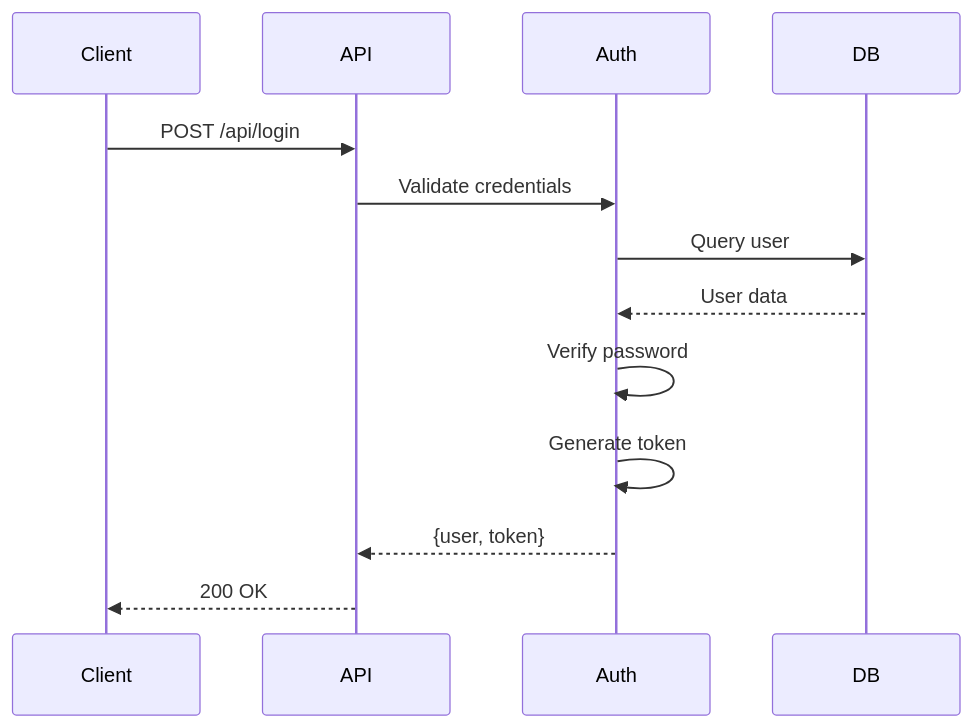
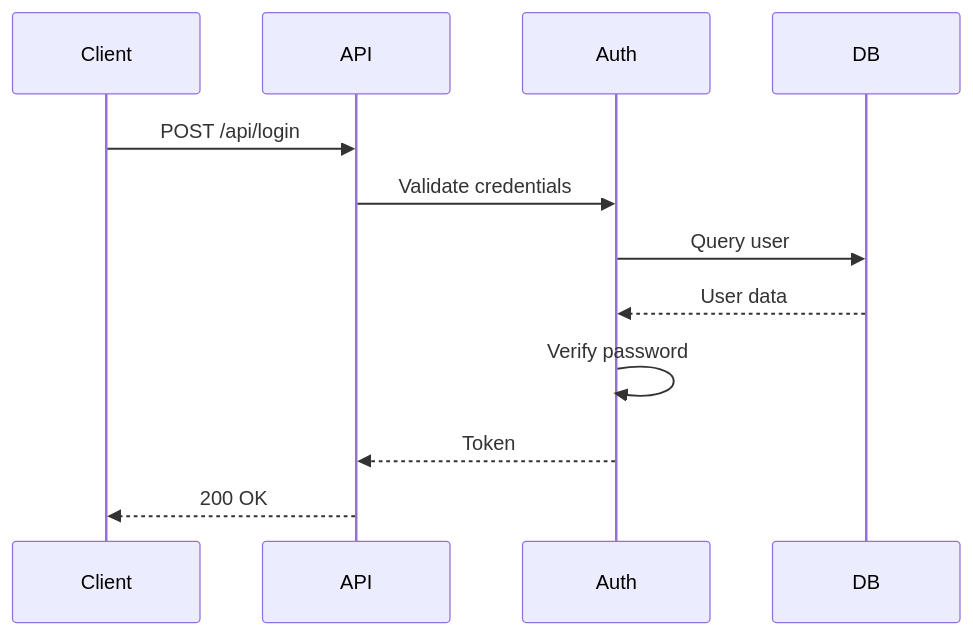
Before and after one commit to victoraraujo105/mermaid-diagram-claude-code: the third of 3 diagrams in README.md, drawn with Mermaid. The commit also changed other lines of this file and 10 other files, not shown here.

````diff
--- a/README.md
+++ b/README.md
@@ -334,16 +152,10 @@
 ```mermaid
 sequenceDiagram
-    participant Client
-    participant API
-    participant Auth
-    participant DB
-
     Client->>API: POST /api/login
     API->>Auth: Validate credentials
     Auth->>DB: Query user
     DB-->>Auth: User data
     Auth->>Auth: Verify password
-    Auth->>Auth: Generate token
-    Auth-->>API: {user, token}
+    Auth-->>API: Token
     API-->>Client: 200 OK
 ```
````
